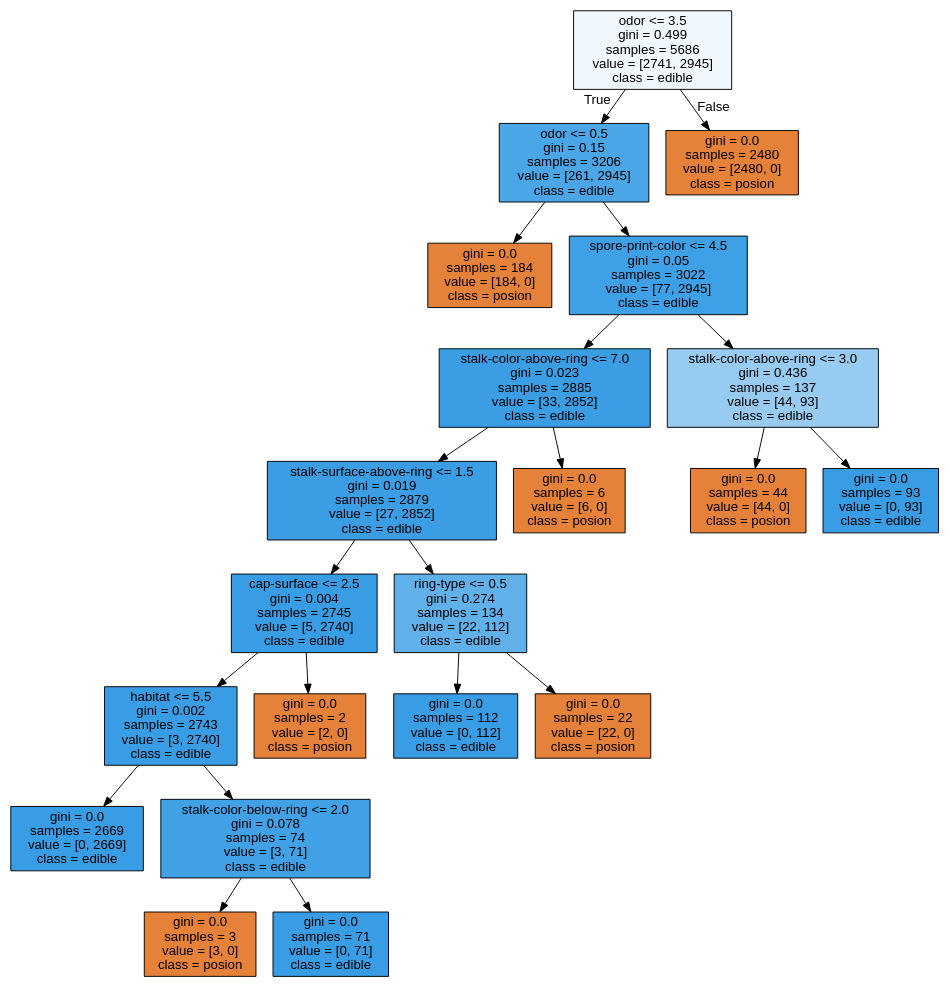
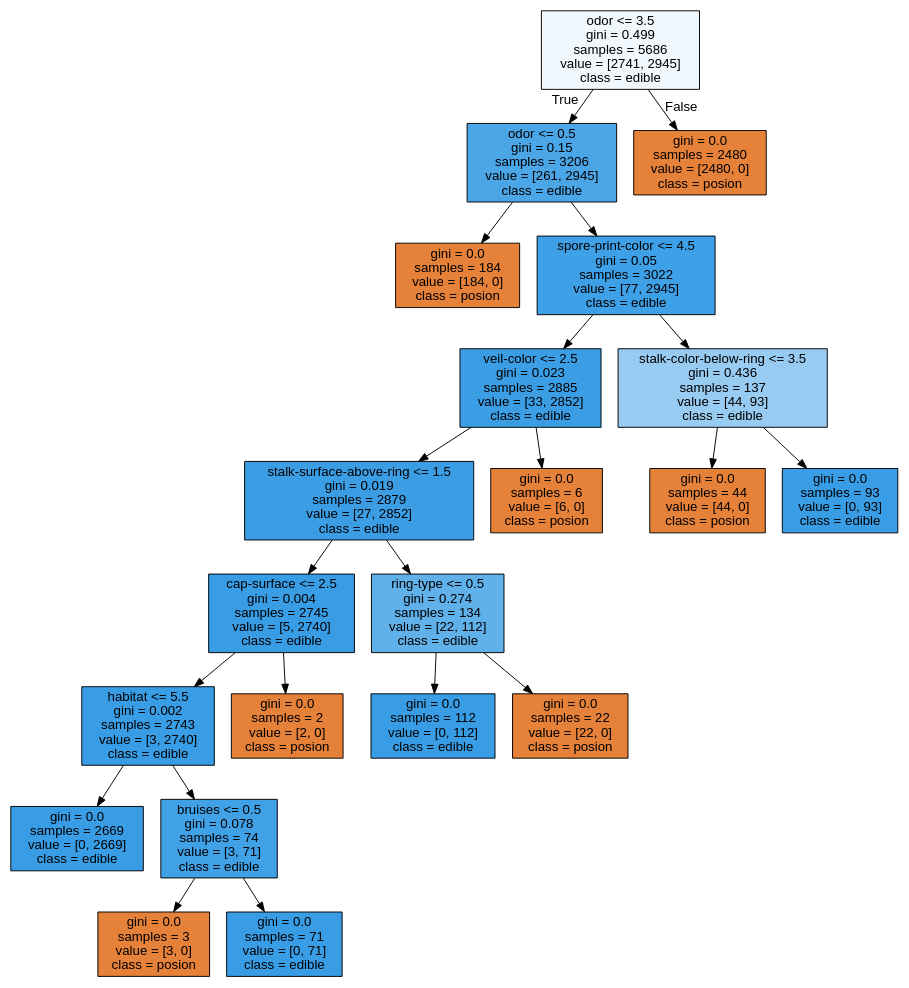
Before and after one commit to WonRyeong1207/KDT6: the diagram in EX_ML/data/best_mushroom_tree.dot, drawn with Graphviz. The commit also changed 3 other files, not shown here.

```diff
--- a/EX_ML/data/best_mushroom_tree.dot
+++ b/EX_ML/data/best_mushroom_tree.dot
@@ -1,45 +1,45 @@
 digraph Tree {
 node [shape=box, style="filled", color="black", fontname="helvetica"] ;
 edge [fontname="helvetica"] ;
 0 [label="odor <= 3.5\ngini = 0.499\nsamples = 5686\nvalue = [2741, 2945]\nclass = edible", fillcolor="#f1f8fd"] ;
 1 [label="odor <= 0.5\ngini = 0.15\nsamples = 3206\nvalue = [261, 2945]\nclass = edible", fillcolor="#4ba6e7"] ;
 0 -> 1 [labeldistance=2.5, labelangle=45, headlabel="True"] ;
 2 [label="gini = 0.0\nsamples = 184\nvalue = [184, 0]\nclass = posion", fillcolor="#e58139"] ;
 1 -> 2 ;
 3 [label="spore-print-color <= 4.5\ngini = 0.05\nsamples = 3022\nvalue = [77, 2945]\nclass = edible", fillcolor="#3ea0e6"] ;
 1 -> 3 ;
-4 [label="stalk-color-above-ring <= 7.0\ngini = 0.023\nsamples = 2885\nvalue = [33, 2852]\nclass = edible", fillcolor="#3b9ee5"] ;
+4 [label="veil-color <= 2.5\ngini = 0.023\nsamples = 2885\nvalue = [33, 2852]\nclass = edible", fillcolor="#3b9ee5"] ;
 3 -> 4 ;
 5 [label="stalk-surface-above-ring <= 1.5\ngini = 0.019\nsamples = 2879\nvalue = [27, 2852]\nclass = edible", fillcolor="#3b9ee5"] ;
 4 -> 5 ;
 6 [label="cap-surface <= 2.5\ngini = 0.004\nsamples = 2745\nvalue = [5, 2740]\nclass = edible", fillcolor="#399de5"] ;
 5 -> 6 ;
 7 [label="habitat <= 5.5\ngini = 0.002\nsamples = 2743\nvalue = [3, 2740]\nclass = edible", fillcolor="#399de5"] ;
 6 -> 7 ;
 8 [label="gini = 0.0\nsamples = 2669\nvalue = [0, 2669]\nclass = edible", fillcolor="#399de5"] ;
 7 -> 8 ;
-9 [label="stalk-color-below-ring <= 2.0\ngini = 0.078\nsamples = 74\nvalue = [3, 71]\nclass = edible", fillcolor="#41a1e6"] ;
+9 [label="bruises <= 0.5\ngini = 0.078\nsamples = 74\nvalue = [3, 71]\nclass = edible", fillcolor="#41a1e6"] ;
 7 -> 9 ;
 10 [label="gini = 0.0\nsamples = 3\nvalue = [3, 0]\nclass = posion", fillcolor="#e58139"] ;
 9 -> 10 ;
 11 [label="gini = 0.0\nsamples = 71\nvalue = [0, 71]\nclass = edible", fillcolor="#399de5"] ;
 9 -> 11 ;
 12 [label="gini = 0.0\nsamples = 2\nvalue = [2, 0]\nclass = posion", fillcolor="#e58139"] ;
 6 -> 12 ;
 13 [label="ring-type <= 0.5\ngini = 0.274\nsamples = 134\nvalue = [22, 112]\nclass = edible", fillcolor="#60b0ea"] ;
 5 -> 13 ;
 14 [label="gini = 0.0\nsamples = 112\nvalue = [0, 112]\nclass = edible", fillcolor="#399de5"] ;
 13 -> 14 ;
 15 [label="gini = 0.0\nsamples = 22\nvalue = [22, 0]\nclass = posion", fillcolor="#e58139"] ;
 13 -> 15 ;
 16 [label="gini = 0.0\nsamples = 6\nvalue = [6, 0]\nclass = posion", fillcolor="#e58139"] ;
 4 -> 16 ;
-17 [label="stalk-color-above-ring <= 3.0\ngini = 0.436\nsamples = 137\nvalue = [44, 93]\nclass = edible", fillcolor="#97cbf1"] ;
+17 [label="stalk-color-below-ring <= 3.5\ngini = 0.436\nsamples = 137\nvalue = [44, 93]\nclass = edible", fillcolor="#97cbf1"] ;
 3 -> 17 ;
 18 [label="gini = 0.0\nsamples = 44\nvalue = [44, 0]\nclass = posion", fillcolor="#e58139"] ;
 17 -> 18 ;
 19 [label="gini = 0.0\nsamples = 93\nvalue = [0, 93]\nclass = edible", fillcolor="#399de5"] ;
 17 -> 19 ;
 20 [label="gini = 0.0\nsamples = 2480\nvalue = [2480, 0]\nclass = posion", fillcolor="#e58139"] ;
 0 -> 20 [labeldistance=2.5, labelangle=-45, headlabel="False"] ;
 }
```
